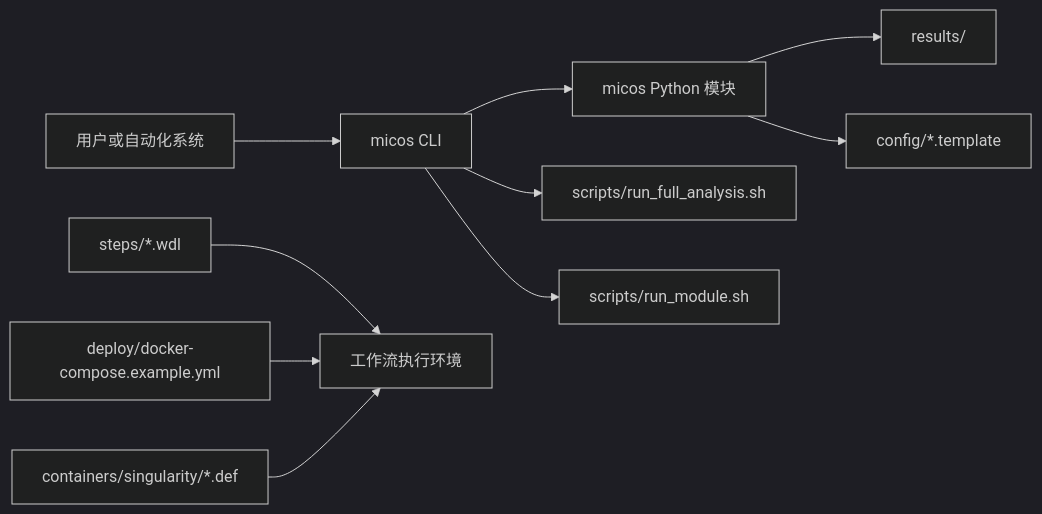
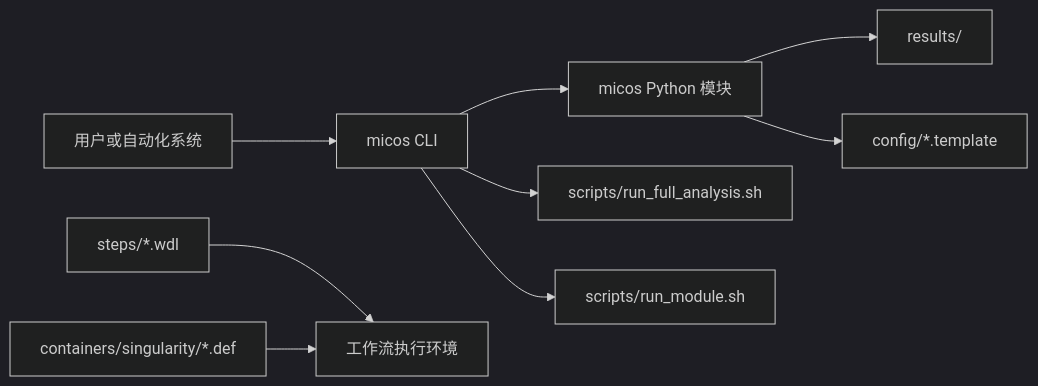
Before and after one commit to LessUp/micos-2024: the diagram in docs/zh/index.md, drawn with Mermaid (dark theme). The commit also changed other lines of this file and 48 other files, not shown here.

````diff
--- a/docs/zh/index.md
+++ b/docs/zh/index.md
@@ -179,12 +179,11 @@
 ```mermaid
 flowchart LR
     A[用户或自动化系统] --> B[micos CLI]
     B --> C[micos Python 模块]
     B --> D[scripts/run_full_analysis.sh]
     B --> E[scripts/run_module.sh]
     C --> F[results/]
     C --> G[config/*.template]
     H[steps/*.wdl] --> I[工作流执行环境]
-    J[deploy/docker-compose.example.yml] --> I
     K[containers/singularity/*.def] --> I
 ```
````
